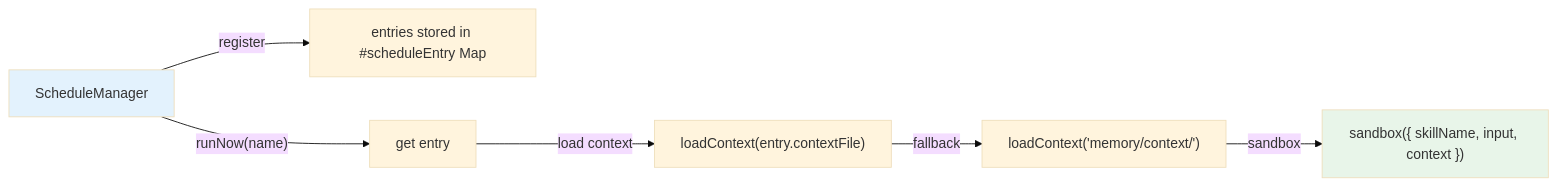
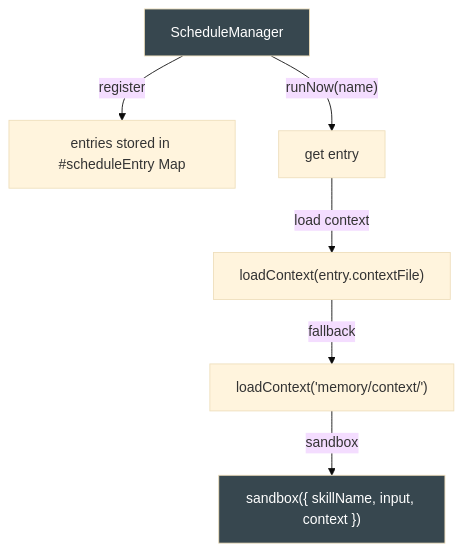
The eighth of 9 diagrams in docs/OVERVIEW.md (avoidwork/madz), drawn with Mermaid (base theme) before and after one commit. The commit also changed other lines of this file, not shown here.

Commit message:
docs: finalize Key Data Flows charts — vertical flow, standardized backgrounds

````diff
--- a/docs/OVERVIEW.md
+++ b/docs/OVERVIEW.md
@@ -492,11 +492,11 @@
 ```mermaid
-flowchart LR
+flowchart TD
     SM["ScheduleManager"] -->|"register"| SE["entries stored in #scheduleEntry Map"]
     SM -->|"runNow(name)"| GE["get entry"]
     GE -->|"load context"| LC["loadContext(entry.contextFile)"]
     LC -->|"fallback"| LC2["loadContext('memory/context/')"]
     LC2 -->|"sandbox"| SB["sandbox({ skillName, input, context })"]
 
-    style SM fill:#e3f2fd
-    style SB fill:#e8f5e9
+    style SM fill:#37474f,color:#fff
+    style SB fill:#37474f,color:#fff
 ```
````
